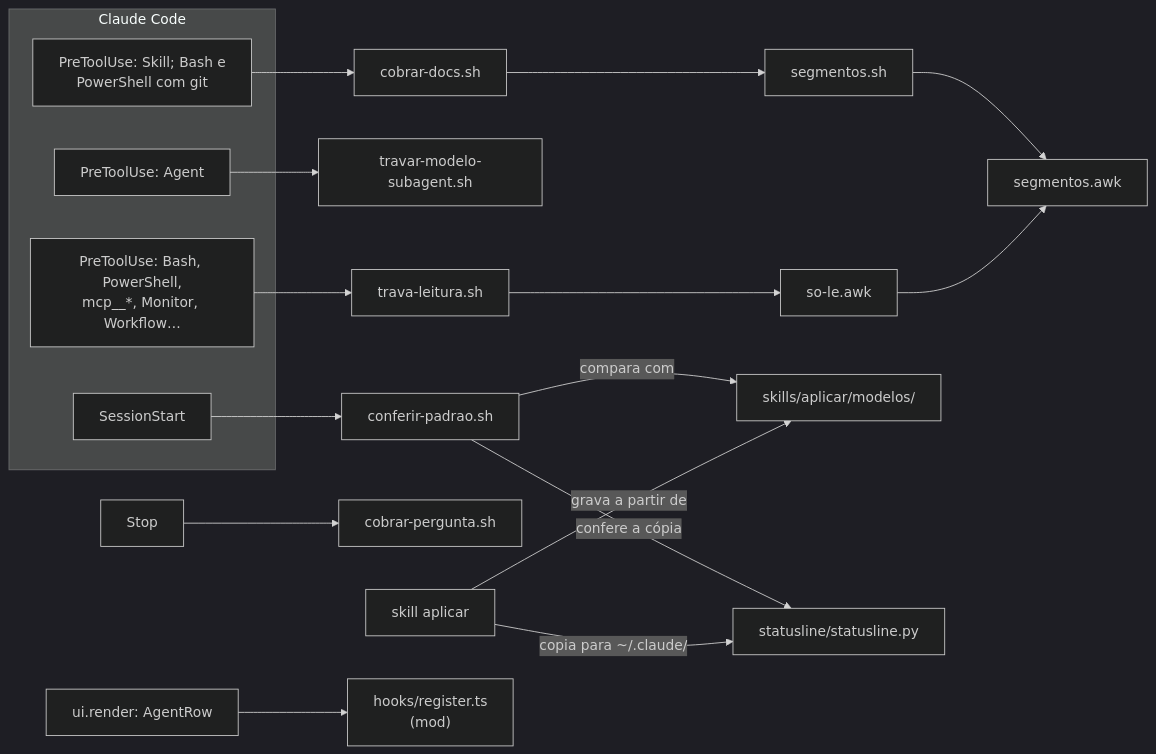
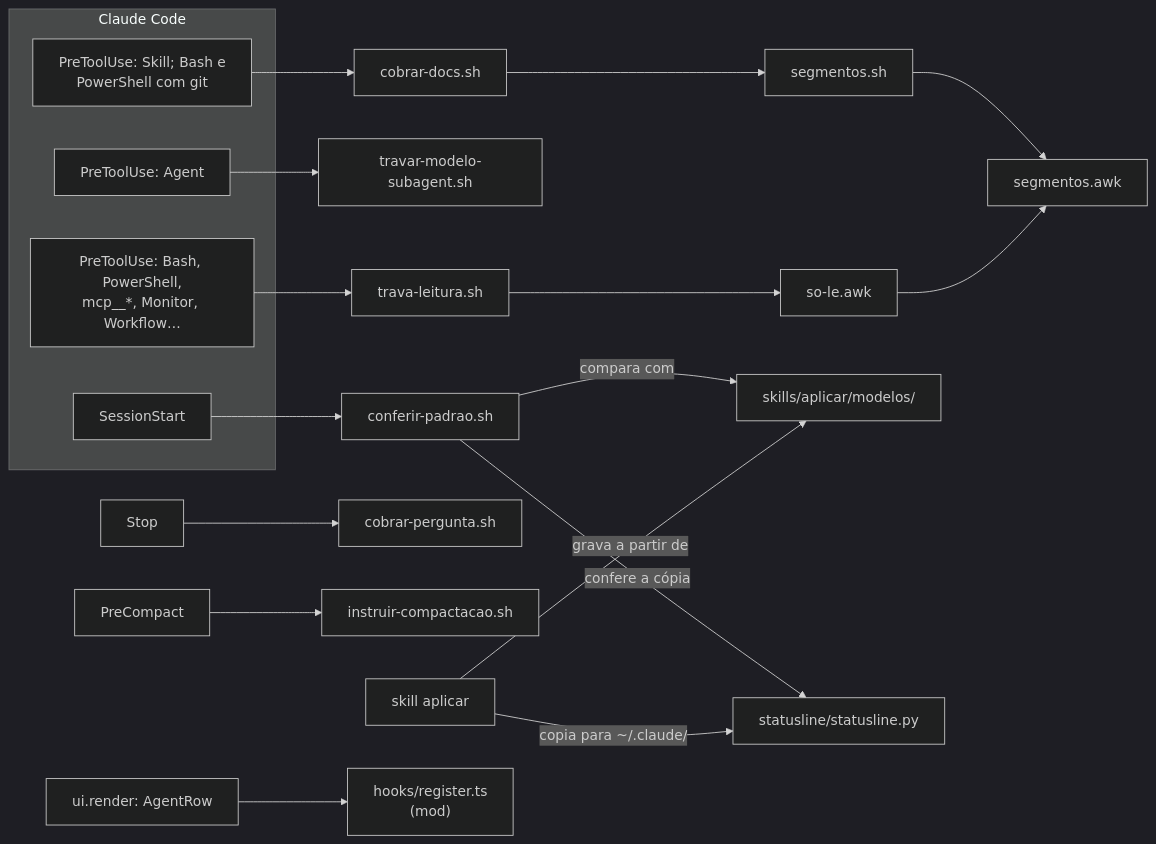
One commit to Kortek-Tecnologia/claude-padrao changed the first of 5 diagrams in docs/como-funciona.md. Above: the diagram before and after it, drawn with Mermaid (dark theme). The commit also changed other lines of this file and 25 other files, not shown here.

````diff
--- a/docs/como-funciona.md
+++ b/docs/como-funciona.md
@@ -8,19 +8,20 @@
 ```mermaid
 flowchart LR
   subgraph CC["Claude Code"]
     SS["SessionStart"]
     AG["PreToolUse: Agent"]
     BT["PreToolUse: Bash, PowerShell,<br/>mcp__*, Monitor, Workflow…"]
     GC["PreToolUse: Skill; Bash e<br/>PowerShell com git"]
   end
   SS --> CP["conferir-padrao.sh"]
   AG --> TM["travar-modelo-subagent.sh"]
   BT --> TL["trava-leitura.sh"] --> SL["so-le.awk"] --> SG["segmentos.awk"]
   GC --> CD["cobrar-docs.sh"] --> SH["segmentos.sh"] --> SG
   ST0["Stop"] --> CPG["cobrar-pergunta.sh"]
+  PC["PreCompact"] --> IC["instruir-compactacao.sh"]
   AP["skill aplicar"] -->|"grava a partir de"| MOD["skills/aplicar/modelos/"]
   CP -->|"compara com"| MOD
   AP -->|"copia para ~/.claude/"| ST["statusline/statusline.py"]
   CP -->|"confere a cópia"| ST
   UI["ui.render: AgentRow"] --> RT["hooks/register.ts<br/>(mod)"]
 ```
````
